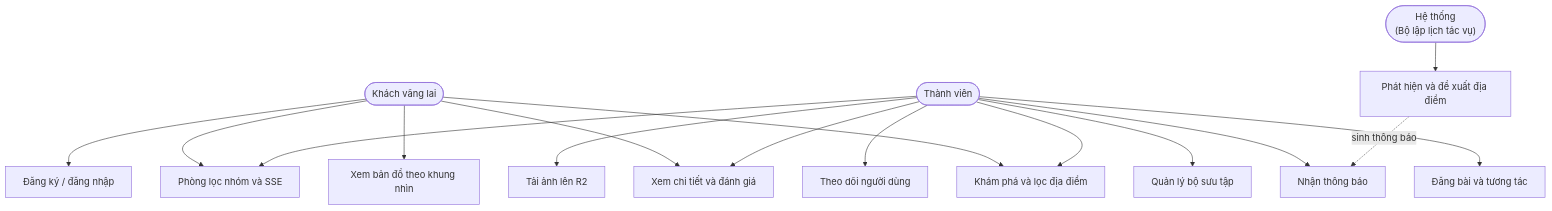
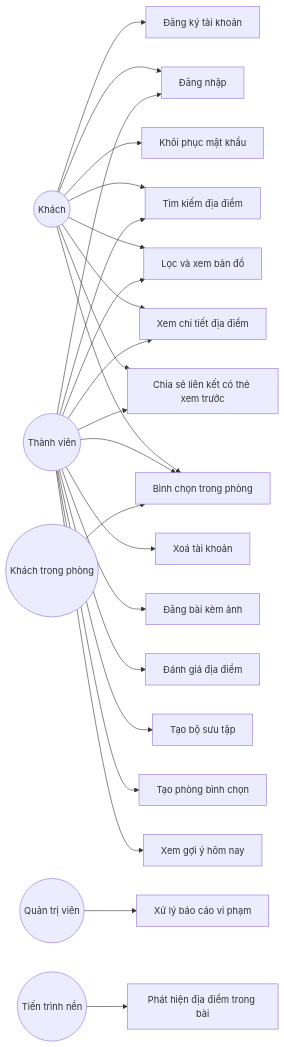
The third of 11 diagrams in docs/bao-cao/BAO-CAO-DO-AN.md (longqt321/Rendez-PBL6), drawn with Mermaid before and after one commit. The commit also changed other lines of this file and 1 other file, not shown here.

````diff
--- a/docs/bao-cao/BAO-CAO-DO-AN.md
+++ b/docs/bao-cao/BAO-CAO-DO-AN.md
@@ -199,34 +378,51 @@
 ```mermaid
-flowchart TB
-  Guest(["Khách vãng lai"])
-  Member(["Thành viên"])
-  System(["Hệ thống<br/>(Bộ lập lịch tác vụ)"])
+flowchart LR
+    Guest(("Khách"))
+    Member(("Thành viên"))
+    RoomGuest(("Khách trong phòng"))
+    Admin(("Quản trị viên"))
+    Worker(("Tiến trình nền"))
 
-  UC1["Khám phá và lọc địa điểm"]
-  UC2["Xem bản đồ theo khung nhìn"]
-  UC3["Xem chi tiết và đánh giá"]
-  UC4["Đăng ký / đăng nhập"]
-  UC5["Đăng bài và tương tác"]
-  UC6["Quản lý bộ sưu tập"]
-  UC7["Theo dõi người dùng"]
-  UC8["Nhận thông báo"]
-  UC9["Phòng lọc nhóm và SSE"]
-  UC10["Tải ảnh lên R2"]
-  UC11["Phát hiện và đề xuất địa điểm"]
+    UC01["Đăng ký tài khoản"]
+    UC02["Đăng nhập"]
+    UC03["Khôi phục mật khẩu"]
+    UC04["Xoá tài khoản"]
+    UC05["Tìm kiếm địa điểm"]
+    UC06["Lọc và xem bản đồ"]
+    UC07["Xem chi tiết địa điểm"]
+    UC08["Đăng bài kèm ảnh"]
+    UC09["Đánh giá địa điểm"]
+    UC10["Tạo bộ sưu tập"]
+    UC11["Tạo phòng bình chọn"]
+    UC12["Bình chọn trong phòng"]
+    UC13["Xem gợi ý hôm nay"]
+    UC14["Chia sẻ liên kết có thẻ xem trước"]
+    UC15["Xử lý báo cáo vi phạm"]
+    UC16["Phát hiện địa điểm trong bài"]
 
-  Guest --> UC1
-  Guest --> UC2
-  Guest --> UC3
-  Guest --> UC4
-  Guest --> UC9
-  Member --> UC1
-  Member --> UC3
-  Member --> UC5
-  Member --> UC6
-  Member --> UC7
-  Member --> UC8
-  Member --> UC9
-  Member --> UC10
-  System --> UC11
-  UC11 -. "sinh thông báo" .-> UC8
+    Guest --> UC01
+    Guest --> UC02
+    Guest --> UC03
+    Guest --> UC05
+    Guest --> UC06
+    Guest --> UC07
+    Guest --> UC14
+    Guest --> UC12
+
+    Member --> UC02
+    Member --> UC04
+    Member --> UC05
+    Member --> UC06
+    Member --> UC07
+    Member --> UC08
+    Member --> UC09
+    Member --> UC10
+    Member --> UC11
+    Member --> UC12
+    Member --> UC13
+    Member --> UC14
+
+    RoomGuest --> UC12
+    Admin --> UC15
+    Worker --> UC16
 ```
````
